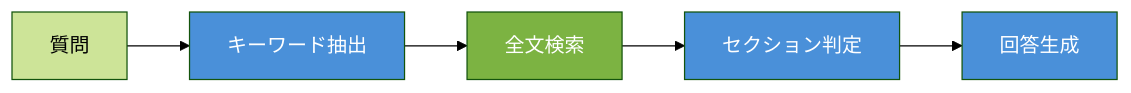
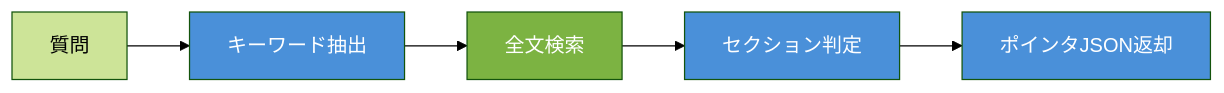
Before and after one commit to nablarch/nabledge-dev: the first of 2 diagrams in docs/articles/01-get-ai-ready-on-nablarch.md, drawn with Mermaid (forest theme). The commit also changed other lines of this file, not shown here.

````diff
--- a/docs/articles/01-get-ai-ready-on-nablarch.md
+++ b/docs/articles/01-get-ai-ready-on-nablarch.md
@@ -66,12 +66,12 @@
 ```mermaid
 flowchart LR
     Q[質問] --> A[キーワード抽出]
     A --> B[全文検索]
     B --> C[セクション判定]
-    C --> D[回答生成]
+    C --> D[ポインタJSON返却]
 
     style A fill:#4a90d9,color:#fff
     style B fill:#7cb342,color:#fff
     style C fill:#4a90d9,color:#fff
     style D fill:#4a90d9,color:#fff
 ```
````
